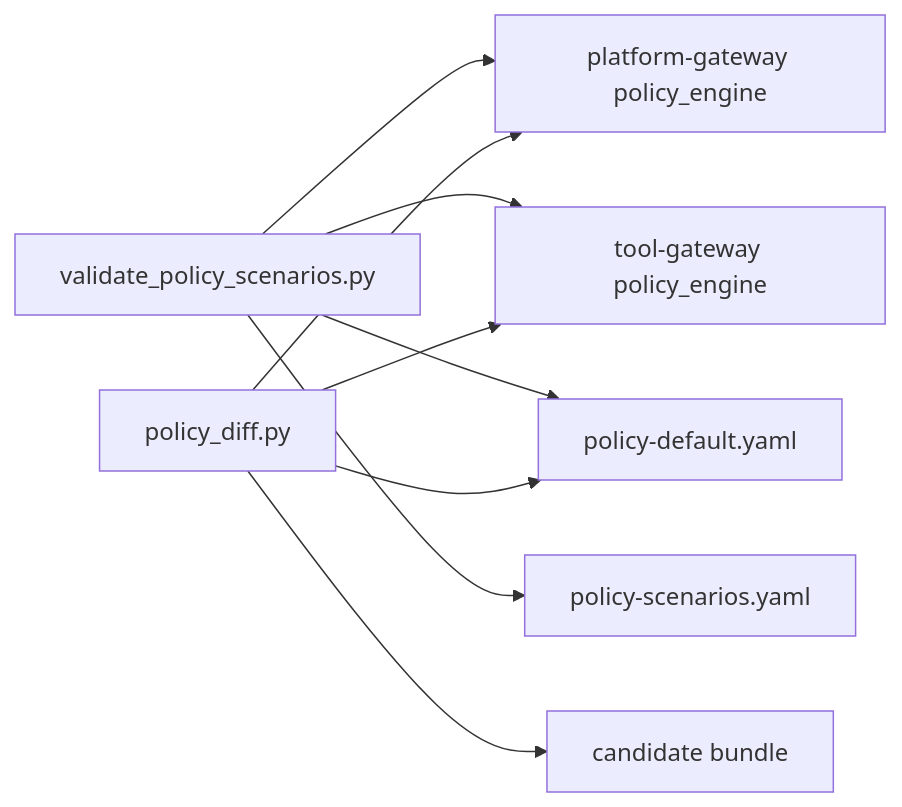
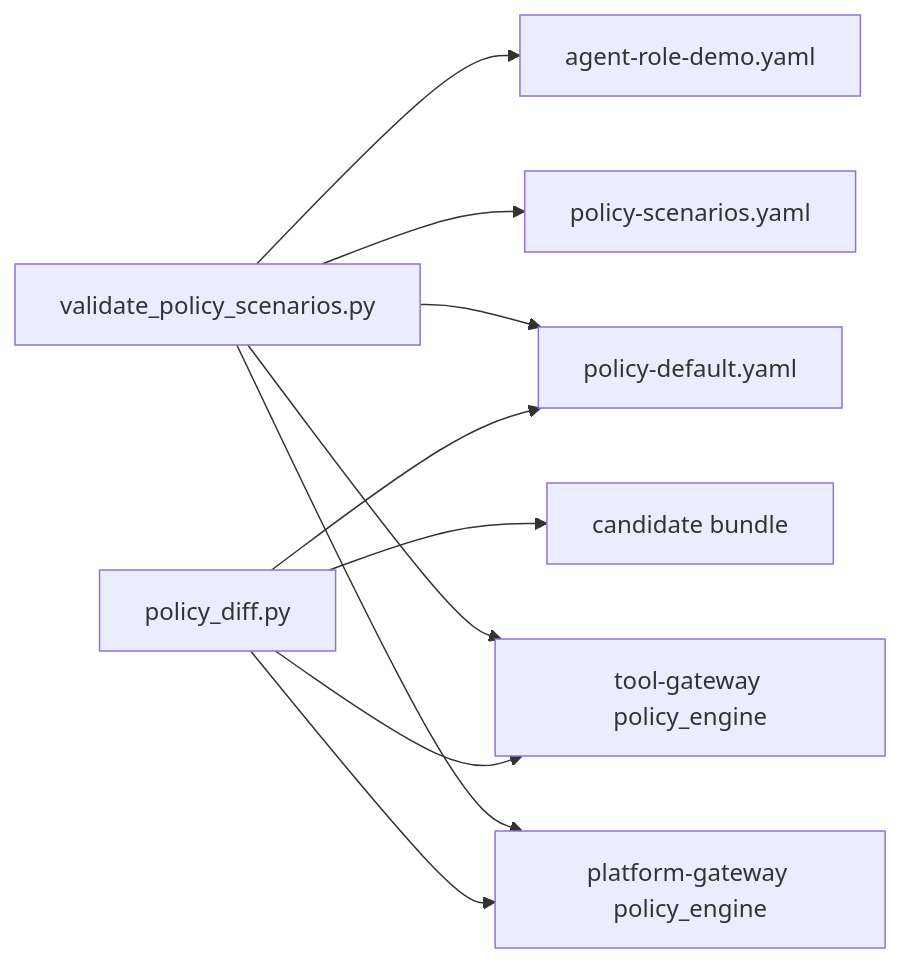
One commit to metasync/luban-aiops changed the fourth of 4 diagrams in .qoder/repowiki/en/content/Security and Authorization/Authorization Policies/Policy Testing and Scenarios.md. Above: the diagram before and after it, drawn with Mermaid. The commit also changed other lines of this file and 128 other files, not shown here.

````diff
--- a/.qoder/repowiki/en/content/Security and Authorization/Authorization Policies/Policy Testing and Scenarios.md
+++ b/.qoder/repowiki/en/content/Security and Authorization/Authorization Policies/Policy Testing and Scenarios.md
@@ -266,11 +360,12 @@
 ```mermaid
 graph LR
 VPS["validate_policy_scenarios.py"] --> PGE_API["platform-gateway policy_engine"]
 VPS --> PGE_TOOLS["tool-gateway policy_engine"]
 PD["policy_diff.py"] --> PGE_API
 PD --> PGE_TOOLS
 VPS --> PB["policy-default.yaml"]
 VPS --> PS["policy-scenarios.yaml"]
+VPS --> ARD["agent-role-demo.yaml"]
 PD --> PB
 PD --> CAND["candidate bundle"]
 ```
````
